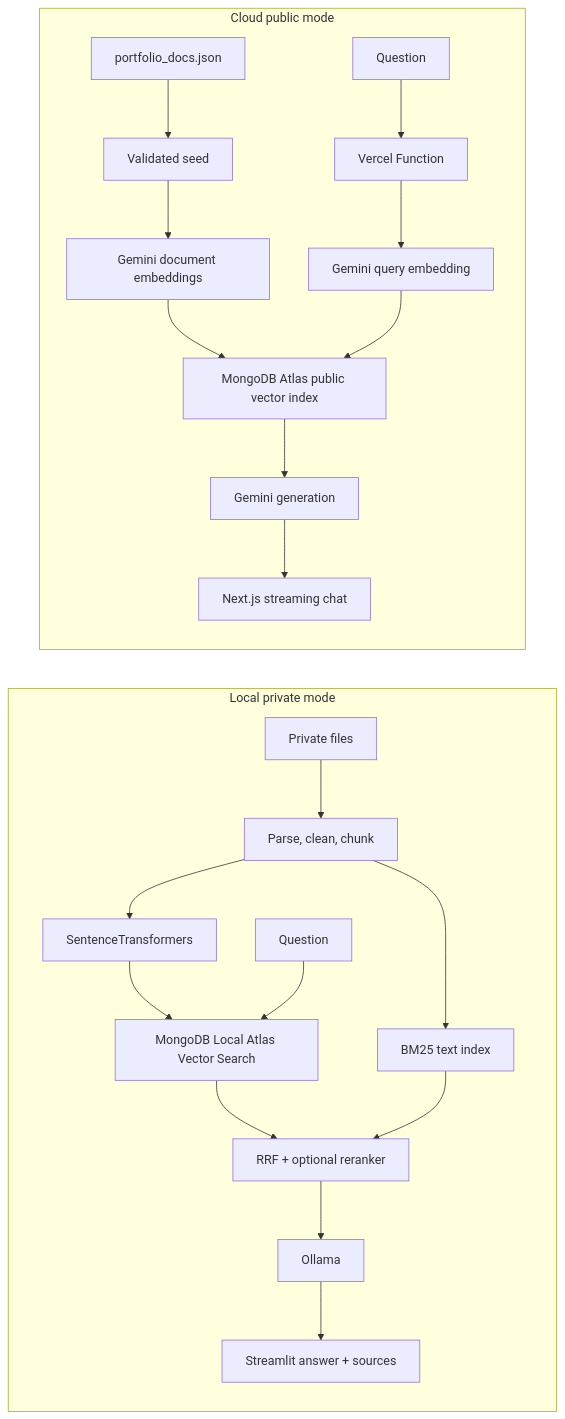
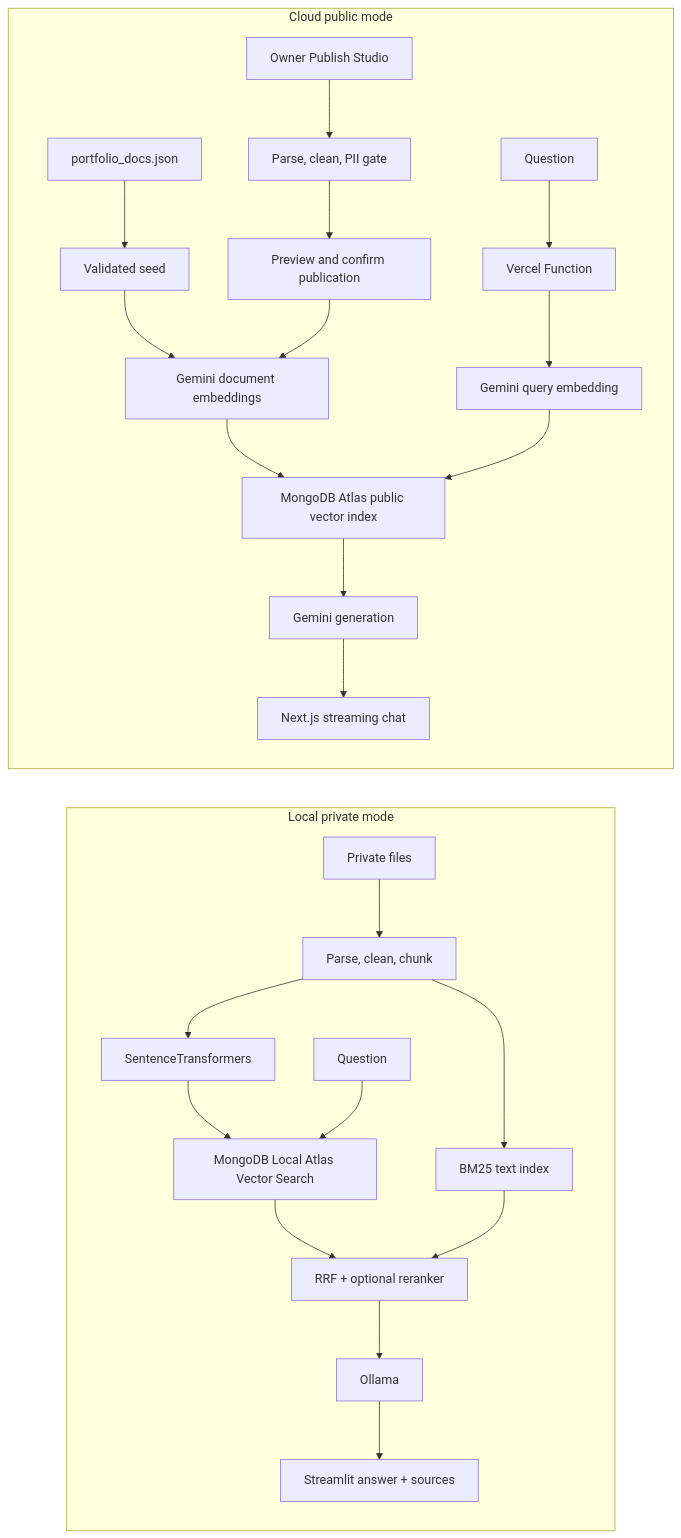
The diagram in README.md (666junyichen/local-rag-portfolio-assistant), drawn with Mermaid before and after one commit. The commit also changed other lines of this file and 53 other files, not shown here.

Commit message:
Add owner publish studio and public knowledge catalog

````diff
--- a/README.md
+++ b/README.md
@@ -26,18 +26,21 @@
 ```mermaid
 flowchart LR
   subgraph Local[Local private mode]
     LP[Private files] --> DP[Parse, clean, chunk]
     DP --> SE[SentenceTransformers]
     DP --> BT[BM25 text index]
     SE --> ML[MongoDB Local Atlas Vector Search]
     QL[Question] --> ML --> RF[RRF + optional reranker]
     BT --> RF --> OL[Ollama] --> SL[Streamlit answer + sources]
   end
   subgraph Cloud[Cloud public mode]
     PJ[portfolio_docs.json] --> GS[Validated seed]
+    OW[Owner Publish Studio] --> PC[Parse, clean, PII gate]
+    PC --> PP[Preview and confirm publication]
     GS --> GE[Gemini document embeddings]
+    PP --> GE
     GE --> MA[MongoDB Atlas public vector index]
     QC[Question] --> V[Vercel Function]
     V --> GQ[Gemini query embedding] --> MA --> GG[Gemini generation] --> NX[Next.js streaming chat]
   end
 ```
````
